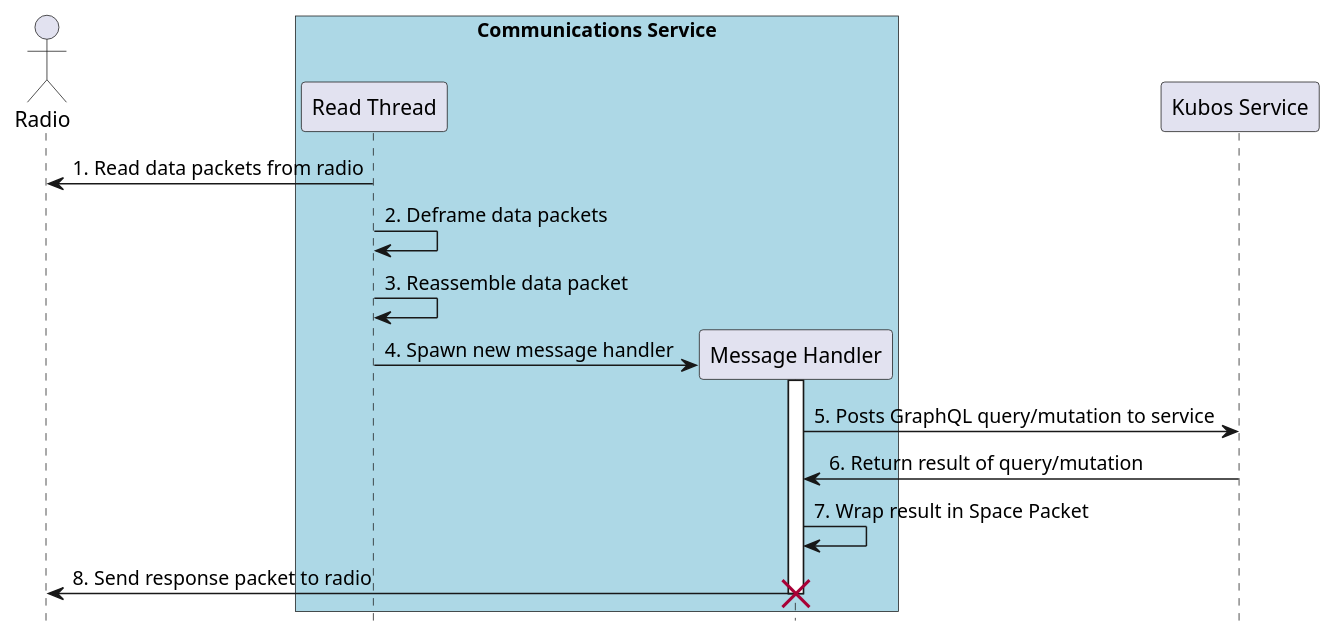
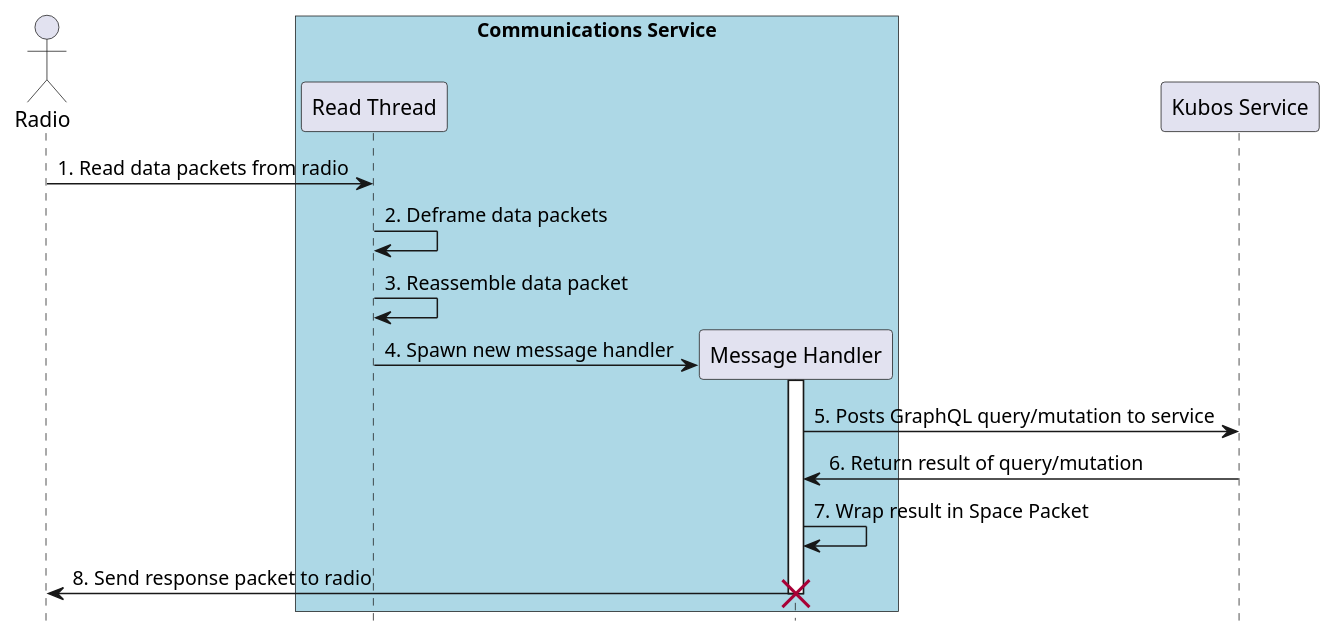
Before and after one commit to kubos/kubos: the fourth of 6 diagrams in docs/ecosystem/services/comms-framework.rst, drawn with PlantUML. The commit also changed other lines of this file, not shown here.

```diff
--- a/docs/ecosystem/services/comms-framework.rst
+++ b/docs/ecosystem/services/comms-framework.rst
@@ -114,29 +120,29 @@
 .. uml::
 
     @startuml
 
     hide footbox
 
     actor Radio
 
     box "Communications Service" #LightBlue
         participant "Read Thread" as read
 
-        Radio <- read : 1. Read data packets from radio
+        Radio -> read : 1. Read data packets from radio
         read -> read : 2. Deframe data packets
         read -> read : 3. Reassemble data packet
 
         create "Message Handler" as handler
         read -> handler : 4. Spawn new message handler
         activate handler
     end box
 
     participant "Kubos Service" as service
 
     handler -> service : 5. Posts GraphQL query/mutation to service
     service -> handler : 6. Return result of query/mutation
     handler -> handler : 7. Wrap result in Space Packet
     handler -> Radio : 8. Send response packet to radio
     destroy handler
 
     @enduml
```
